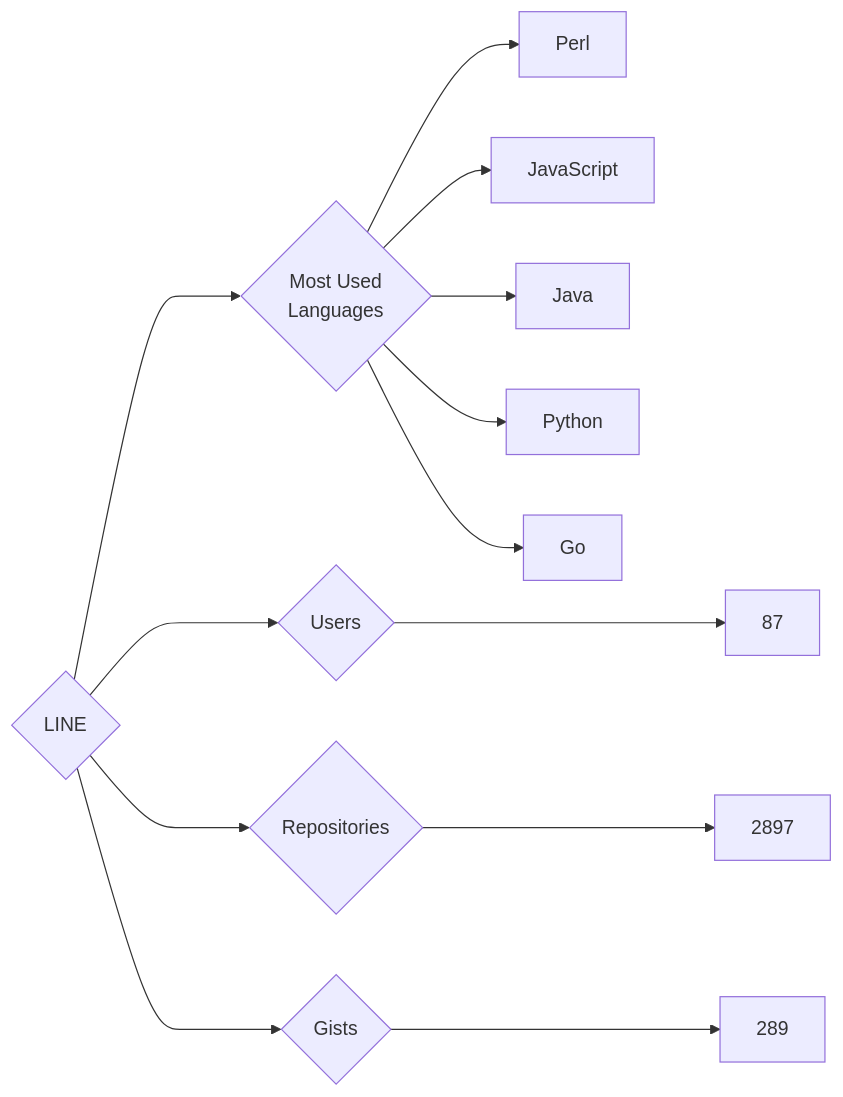
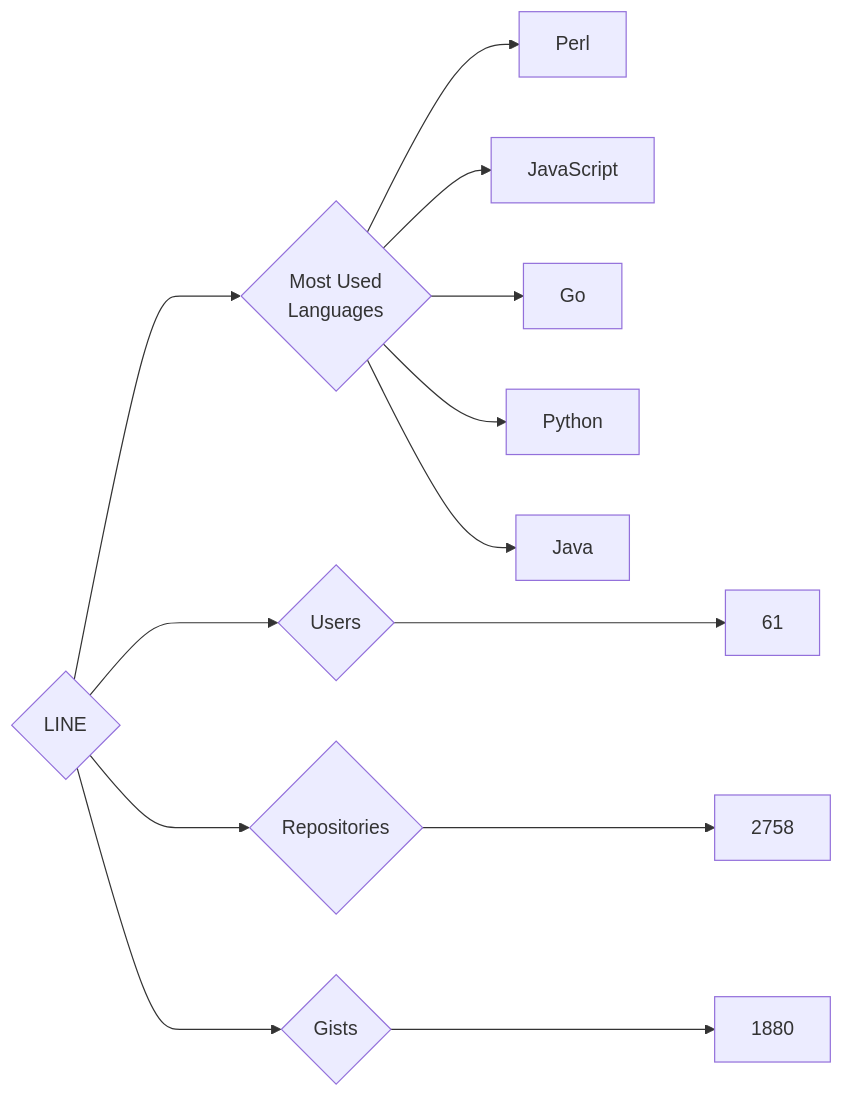
The diagram in targets/LINE/README.md (trickest/insiders), drawn with Mermaid before and after one commit. The commit also changed 872 other files, not shown here.

````diff
--- a/targets/LINE/README.md
+++ b/targets/LINE/README.md
@@ -3,13 +3,13 @@
 ```mermaid
 graph LR
 COMPANY_NAME{LINE}
-COMPANY_NAME ---> U{Users} ---> UN[87]
-COMPANY_NAME ---> R{Repositories} ---> RN[2897]
-COMPANY_NAME ---> G{Gists} ---> GN[289]
+COMPANY_NAME ---> U{Users} ---> UN[61]
+COMPANY_NAME ---> R{Repositories} ---> RN[2758]
+COMPANY_NAME ---> G{Gists} ---> GN[1880]
 COMPANY_NAME ---> ML{Most Used<br>Languages}
 ML --> Perl[Perl]
 ML --> JavaScript[JavaScript]
+ML --> Go[Go]
+ML --> Python[Python]
 ML --> Java[Java]
-ML --> Python[Python]
-ML --> Go[Go]
 ```
````
